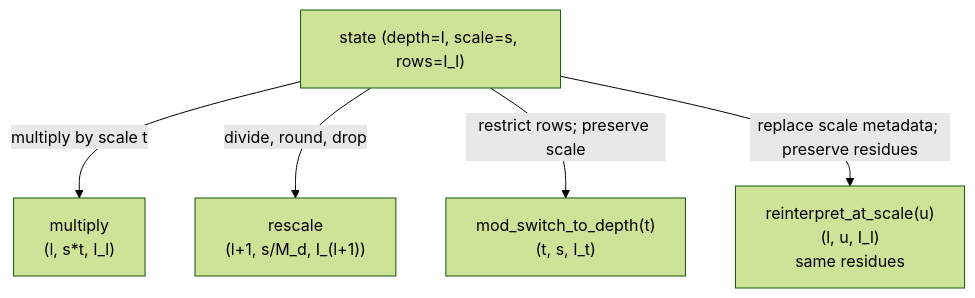
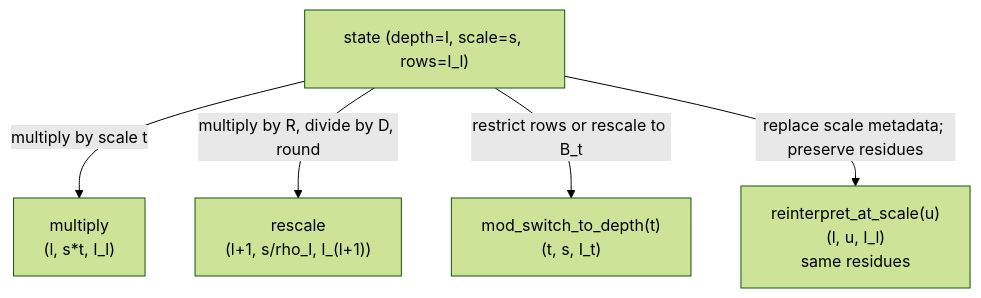
The second of 2 diagrams in docs/concepts/ckks/scale-and-depth-lifecycle.md (visualDust/fhelium), drawn with Mermaid (forest theme) before and after one commit. The commit also changed other lines of this file and 439 other files, not shown here.

````diff
--- a/docs/concepts/ckks/scale-and-depth-lifecycle.md
+++ b/docs/concepts/ckks/scale-and-depth-lifecycle.md
@@ -88,13 +80,13 @@
 ```mermaid
 flowchart TB
     S["state (depth=l, scale=s, rows=I_l)"]
     M["multiply<br/>(l, s*t, I_l)"]
-    R["rescale<br/>(l+1, s/M_d, I_(l+1))"]
+    R["rescale<br/>(l+1, s/rho_l, I_(l+1))"]
     MS["mod_switch_to_depth(t)<br/>(t, s, I_t)"]
     RI["reinterpret_at_scale(u)<br/>(l, u, I_l)<br/>same residues"]
 
     S -->|"multiply by scale t"| M
-    S -->|"divide, round, drop"| R
-    S -->|"restrict rows; preserve scale"| MS
+    S -->|"multiply by R, divide by D, round"| R
+    S -->|"restrict rows or rescale to B_t"| MS
     S -->|"replace scale metadata; preserve residues"| RI
 ```
````
